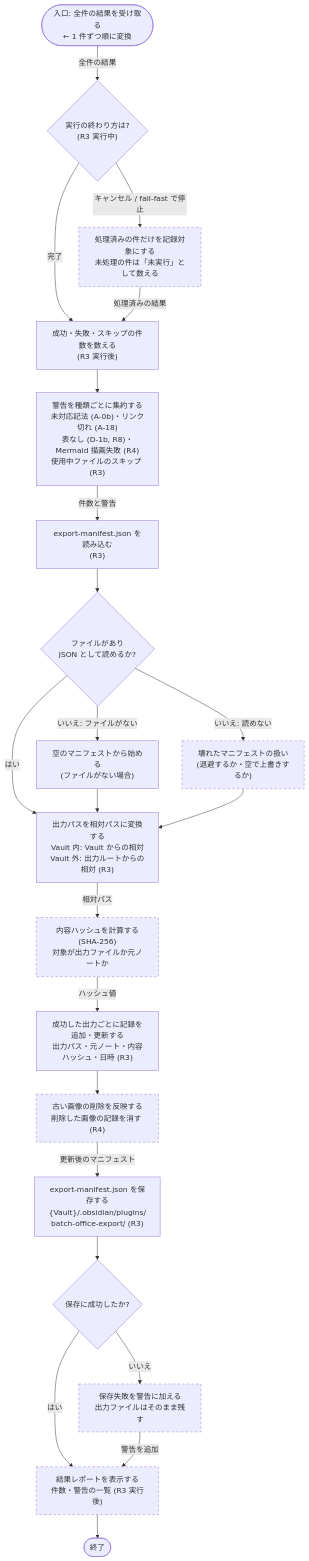
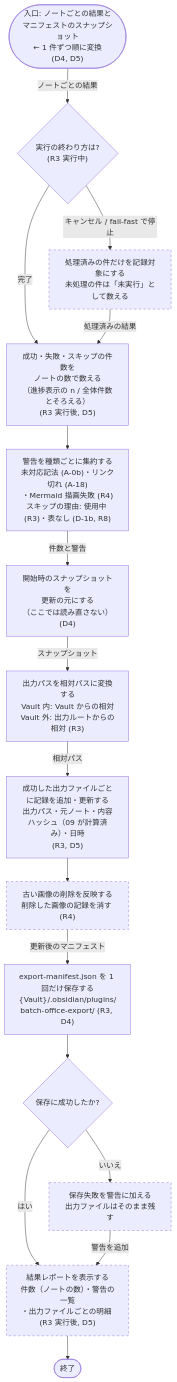
The first of 2 diagrams in docs/flows/10-record-results.md (rakko1133/obsidian-md-to-office), drawn with Mermaid before and after one commit. The commit also changed other lines of this file and 9 other files, not shown here.

First line of the commit message:
docs: 10 本のフロー図を境界の決定に合わせて修正 (R3, R8)

````diff
--- a/docs/flows/10-record-results.md
+++ b/docs/flows/10-record-results.md
@@ -20,45 +24,35 @@
 ```mermaid
 flowchart TD
   classDef undecided stroke-dasharray: 5 5
 
-  In(["入口: 全件の結果を受け取る<br/>← 1 件ずつ順に変換"])
+  In(["入口: ノートごとの結果と<br/>マニフェストのスナップショット<br/>← 1 件ずつ順に変換<br/>(D4, D5)"])
   Stop{"実行の終わり方は?<br/>(R3 実行中)"}
   Partial["処理済みの件だけを記録対象にする<br/>未処理の件は「未実行」として数える"]:::undecided
-  Count["成功・失敗・スキップの件数を数える<br/>(R3 実行後)"]
-  Warn["警告を種類ごとに集約する<br/>未対応記法 (A-0b)・リンク切れ (A-18)<br/>表なし (D-1b, R8)・Mermaid 描画失敗 (R4)<br/>使用中ファイルのスキップ (R3)"]
-  Load["export-manifest.json を読み込む<br/>(R3)"]
-  Exists{"ファイルがあり<br/>JSON として読めるか?"}
-  Empty["空のマニフェストから始める<br/>(ファイルがない場合)"]
-  Broken["壊れたマニフェストの扱い<br/>(退避するか・空で上書きするか)"]:::undecided
+  Count["成功・失敗・スキップの件数を<br/>ノートの数で数える<br/>（進捗表示の n / 全体件数とそろえる）<br/>(R3 実行後, D5)"]
+  Warn["警告を種類ごとに集約する<br/>未対応記法 (A-0b)・リンク切れ (A-18)<br/>・Mermaid 描画失敗 (R4)<br/>スキップの理由: 使用中 (R3)・表なし (D-1b, R8)"]
+  Base["開始時のスナップショットを<br/>更新の元にする<br/>（ここでは読み直さない）<br/>(D4)"]
   Rel["出力パスを相対パスに変換する<br/>Vault 内: Vault からの相対<br/>Vault 外: 出力ルートからの相対 (R3)"]
-  Upsert["成功した出力ごとに記録を追加・更新する<br/>出力パス・元ノート・内容ハッシュ・日時 (R3)"]
-  Hash["内容ハッシュを計算する<br/>(SHA-256)<br/>対象が出力ファイルか元ノートか"]:::undecided
+  Upsert["成功した出力ファイルごとに記録を追加・更新する<br/>出力パス・元ノート・内容ハッシュ（09 が計算済み）・日時<br/>(R3, D5)"]
   Removed["古い画像の削除を反映する<br/>削除した画像の記録を消す (R4)"]:::undecided
-  Save["export-manifest.json を保存する<br/>{Vault}/.obsidian/plugins/<br/>batch-office-export/ (R3)"]
+  Save["export-manifest.json を 1 回だけ保存する<br/>{Vault}/.obsidian/plugins/<br/>batch-office-export/ (R3, D4)"]
   SaveOk{"保存に成功したか?"}
   SaveErr["保存失敗を警告に加える<br/>出力ファイルはそのまま残す"]:::undecided
-  Show["結果レポートを表示する<br/>件数・警告の一覧 (R3 実行後)"]:::undecided
+  Show["結果レポートを表示する<br/>件数（ノートの数）・警告の一覧<br/>・出力ファイルごとの明細 (R3 実行後, D5)"]:::undecided
   End(["終了"])
 
-  In -->|"全件の結果"| Stop
+  In -->|"ノートごとの結果"| Stop
   Stop -->|"完了"| Count
   Stop -->|"キャンセル / fail-fast で停止"| Partial
   Partial -->|"処理済みの結果"| Count
   Count --> Warn
-  Warn -->|"件数と警告"| Load
-  Load --> Exists
-  Exists -->|"はい"| Rel
-  Exists -->|"いいえ: ファイルがない"| Empty
-  Exists -->|"いいえ: 読めない"| Broken
-  Empty --> Rel
-  Broken --> Rel
-  Rel -->|"相対パス"| Hash
-  Hash -->|"ハッシュ値"| Upsert
+  Warn -->|"件数と警告"| Base
+  Base -->|"スナップショット"| Rel
+  Rel -->|"相対パス"| Upsert
   Upsert --> Removed
   Removed -->|"更新後のマニフェスト"| Save
   Save --> SaveOk
   SaveOk -->|"はい"| Show
   SaveOk -->|"いいえ"| SaveErr
   SaveErr -->|"警告を追加"| Show
   Show --> End
 ```
````
